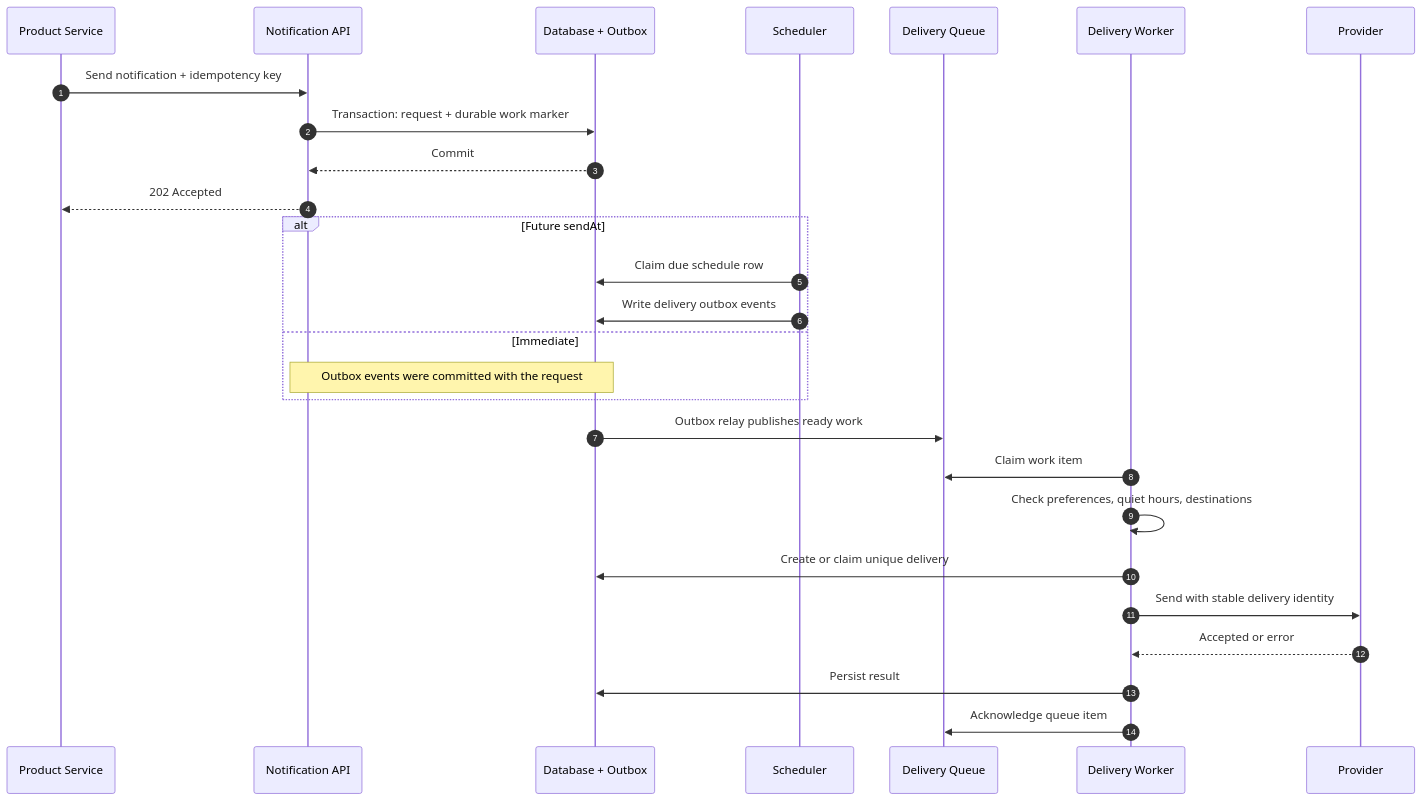
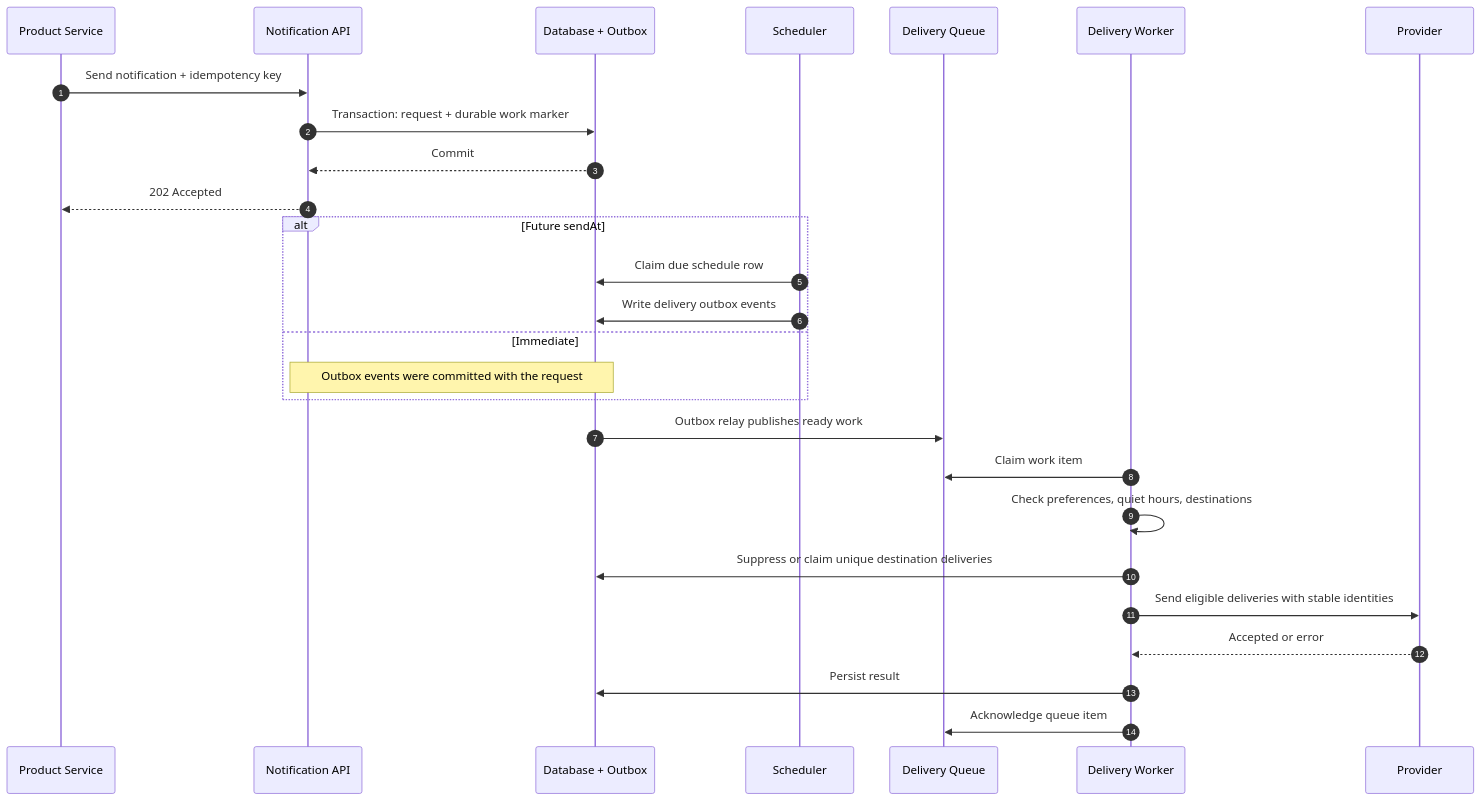
Before and after one commit to ying8020/SD: the third of 4 diagrams in notification_system_design.md, drawn with Mermaid. The commit also changed other lines of this file, not shown here.

````diff
--- a/notification_system_design.md
+++ b/notification_system_design.md
@@ -246,32 +245,32 @@
 ```mermaid
 sequenceDiagram
     autonumber
     participant C as Product Service
     participant A as Notification API
     participant D as Database + Outbox
     participant S as Scheduler
     participant Q as Delivery Queue
     participant W as Delivery Worker
     participant P as Provider
 
     C->>A: Send notification + idempotency key
     A->>D: Transaction: request + durable work marker
     D-->>A: Commit
     A-->>C: 202 Accepted
 
     alt Future sendAt
         S->>D: Claim due schedule row
         S->>D: Write delivery outbox events
     else Immediate
         Note over A,D: Outbox events were committed with the request
     end
 
     D->>Q: Outbox relay publishes ready work
     W->>Q: Claim work item
     W->>W: Check preferences, quiet hours, destinations
-    W->>D: Create or claim unique delivery
-    W->>P: Send with stable delivery identity
+    W->>D: Suppress or claim unique destination deliveries
+    W->>P: Send eligible deliveries with stable identities
     P-->>W: Accepted or error
     W->>D: Persist result
     W->>Q: Acknowledge queue item
 ```
````
